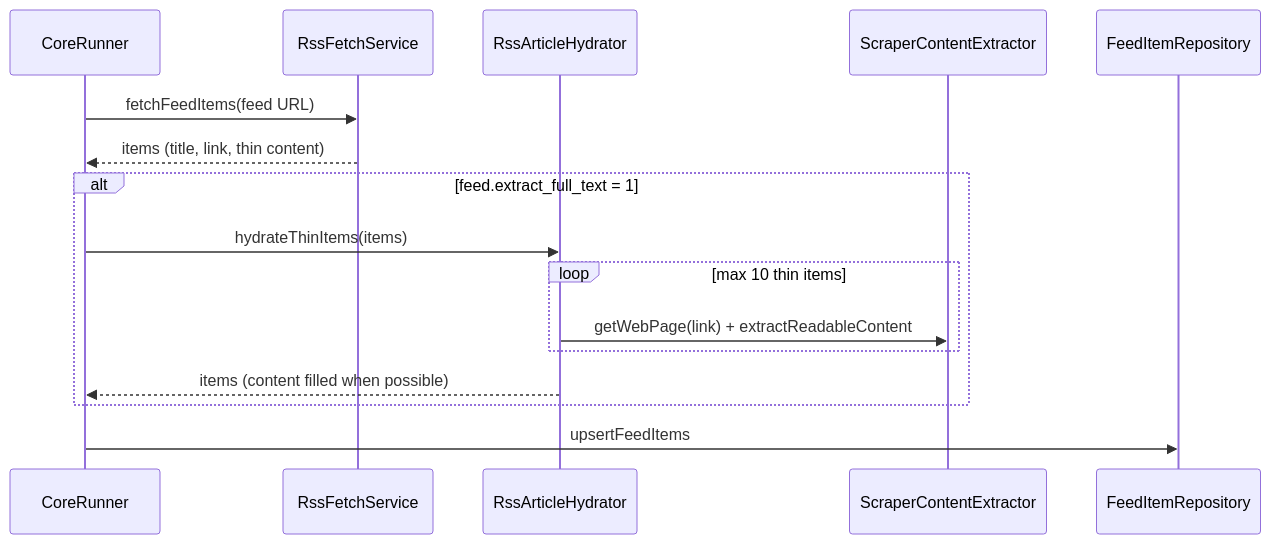
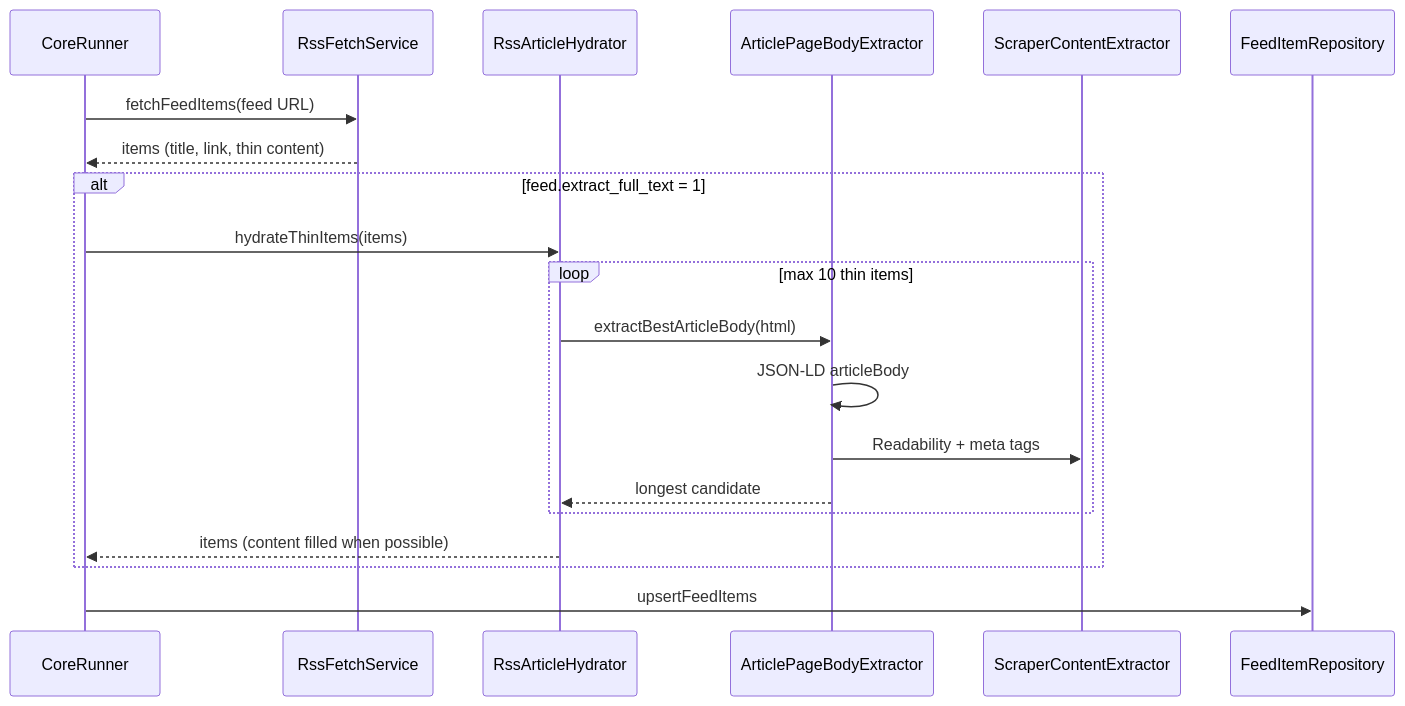
One commit to hektopascal2026/seismo_0.8 changed the diagram in docs/rss-hydration.md. Above: the diagram before and after it, drawn with Mermaid. The commit also changed other lines of this file and 6 other files, not shown here.

````diff
--- a/docs/rss-hydration.md
+++ b/docs/rss-hydration.md
@@ -77,19 +78,23 @@
 ```mermaid
 sequenceDiagram
     participant CR as CoreRunner
     participant RSS as RssFetchService
     participant H as RssArticleHydrator
+    participant APBE as ArticlePageBodyExtractor
     participant SCE as ScraperContentExtractor
     participant DB as FeedItemRepository
 
     CR->>RSS: fetchFeedItems(feed URL)
     RSS-->>CR: items (title, link, thin content)
     alt feed.extract_full_text = 1
         CR->>H: hydrateThinItems(items)
         loop max 10 thin items
-            H->>SCE: getWebPage(link) + extractReadableContent
+            H->>APBE: extractBestArticleBody(html)
+            APBE->>APBE: JSON-LD articleBody
+            APBE->>SCE: Readability + meta tags
+            APBE-->>H: longest candidate
         end
         H-->>CR: items (content filled when possible)
     end
     CR->>DB: upsertFeedItems
 ```
````
